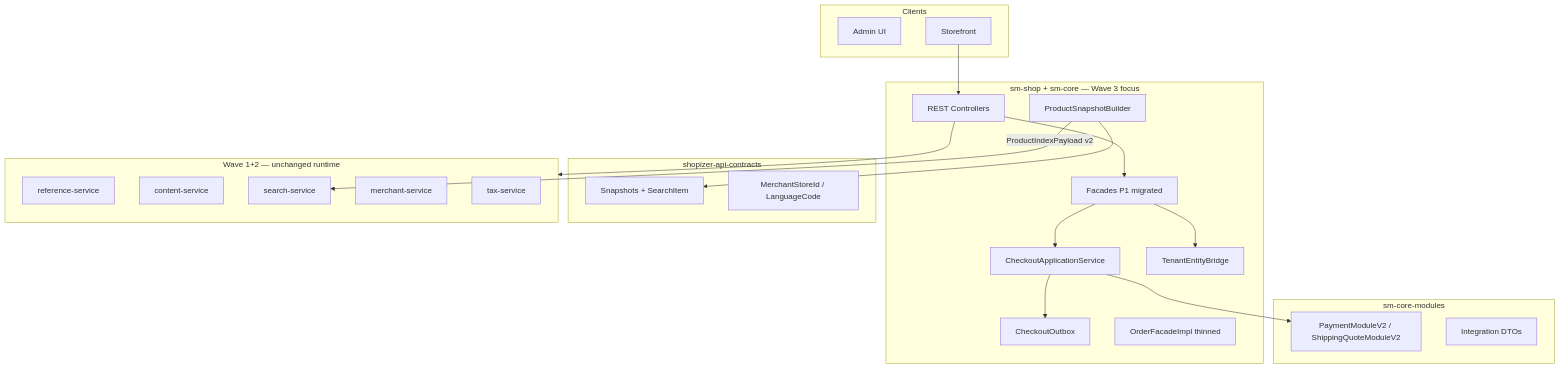
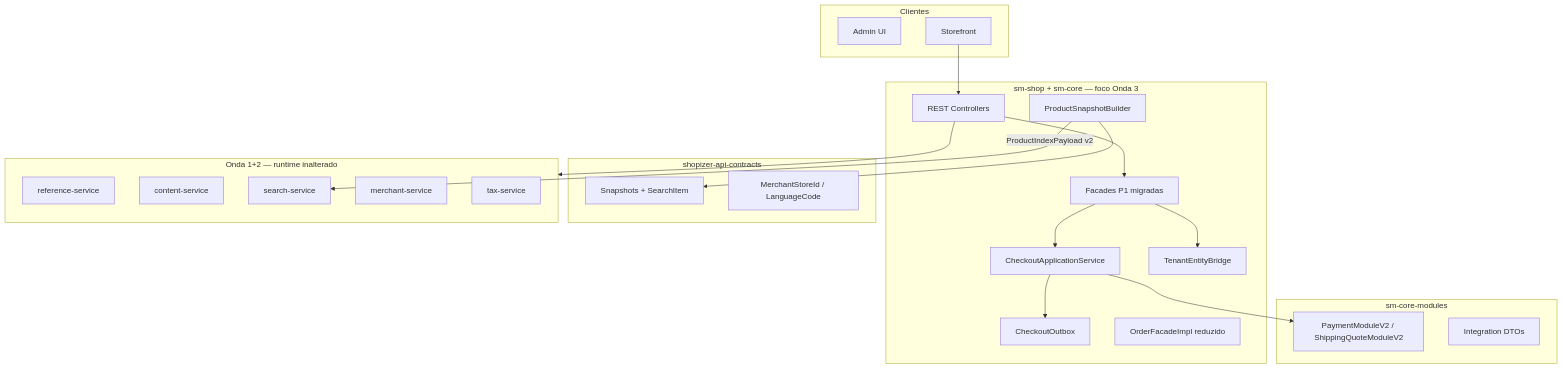
The first of 2 diagrams in .specs/features/onda-3-contracts-dto/design.md (vicentepf78/shopizer-refactoring), drawn with Mermaid before and after one commit. The commit also changed other lines of this file and 154 other files, not shown here.

````diff
--- a/.specs/features/onda-3-contracts-dto/design.md
+++ b/.specs/features/onda-3-contracts-dto/design.md
@@ -14,43 +14,43 @@
 ```mermaid
 flowchart TB
-    subgraph clients [Clients]
+    subgraph clients [Clientes]
         ADMIN[Admin UI]
         STOREFRONT[Storefront]
     end
 
-    subgraph monolith [sm-shop + sm-core — Wave 3 focus]
+    subgraph monolith [sm-shop + sm-core — foco Onda 3]
         API[REST Controllers]
-        FAC[Facades P1 migrated]
+        FAC[Facades P1 migradas]
         CAS[CheckoutApplicationService]
         OUT[CheckoutOutbox]
         BRIDGE[TenantEntityBridge]
         PSB[ProductSnapshotBuilder]
-        OFI[OrderFacadeImpl thinned]
+        OFI[OrderFacadeImpl reduzido]
     end
 
     subgraph contracts [shopizer-api-contracts]
         SNAP[Snapshots + SearchItem]
         TNT[MerchantStoreId / LanguageCode]
     end
 
     subgraph modules [sm-core-modules]
         V2[PaymentModuleV2 / ShippingQuoteModuleV2]
         IDTO[Integration DTOs]
     end
 
-    subgraph wave12 [Wave 1+2 — unchanged runtime]
+    subgraph wave12 [Onda 1+2 — runtime inalterado]
         REF[reference-service]
         CNT[content-service]
         SRCH[search-service]
         MCH[merchant-service]
         TAX[tax-service]
     end
 
     STOREFRONT --> API --> FAC --> CAS
     CAS --> OUT
     FAC --> BRIDGE
     PSB --> SNAP
     CAS --> V2
     API --> wave12
     PSB -->|ProductIndexPayload v2| SRCH
 ```
````
